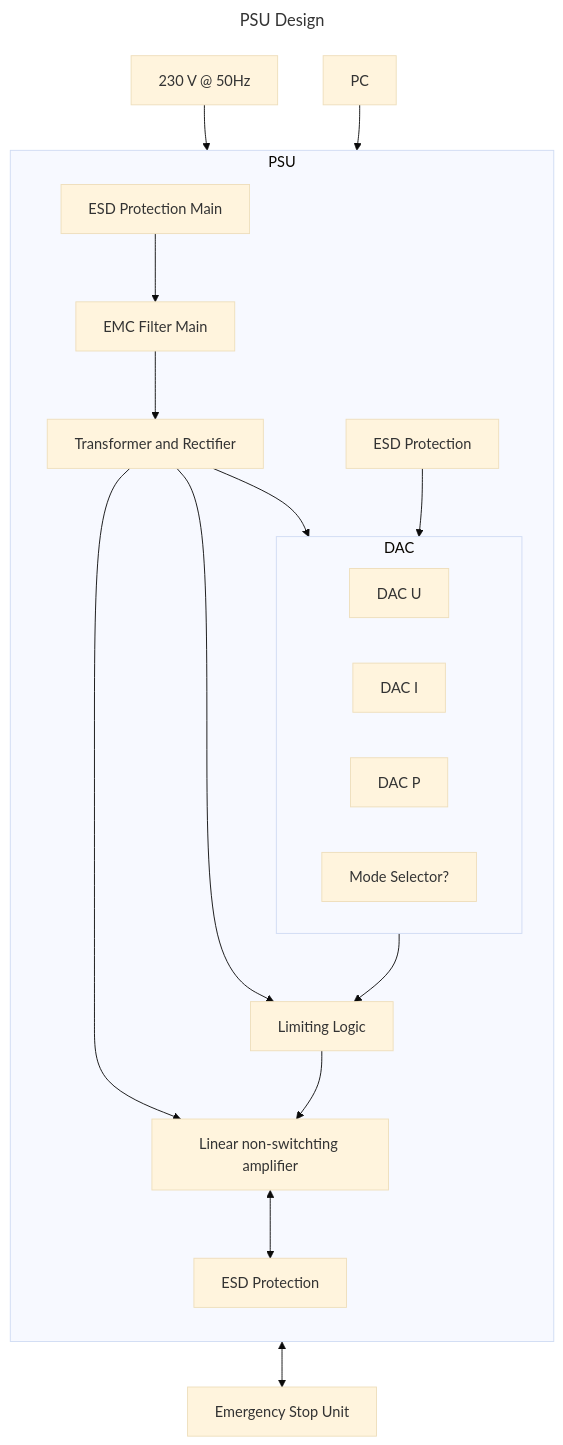
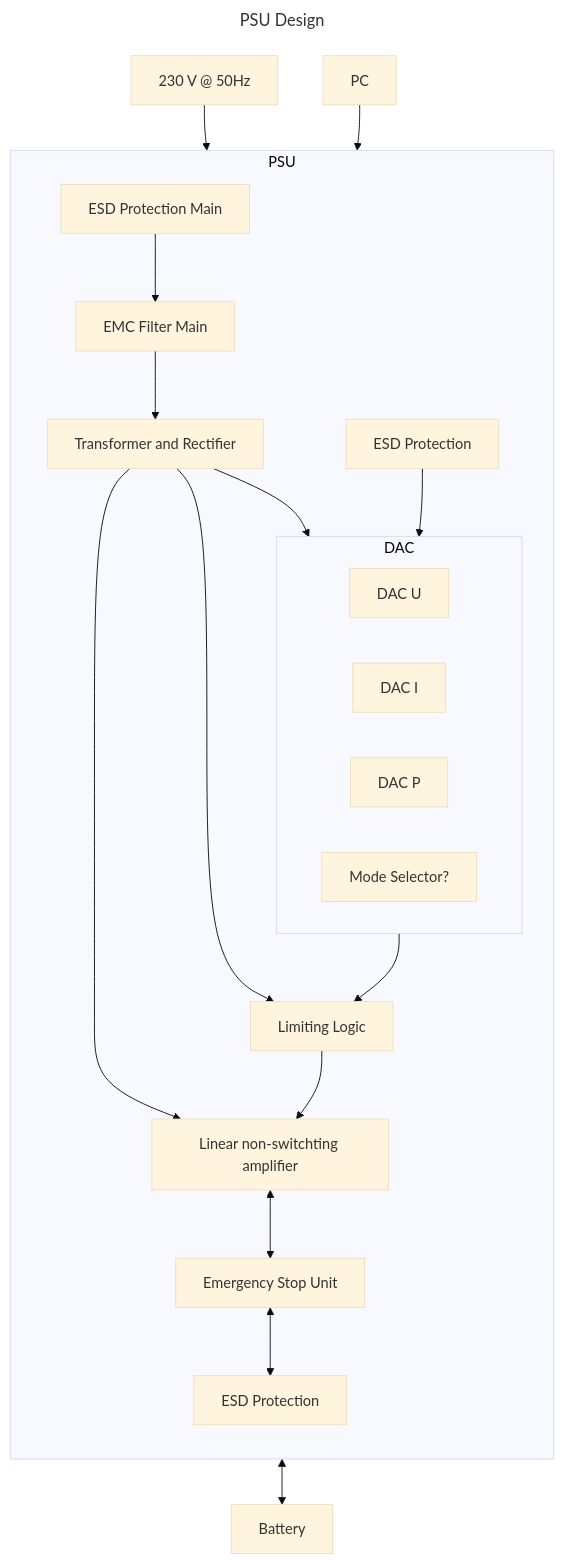
One commit to pascalguttmann/obat changed the diagram in docs/arch/psu.md. Above: the diagram before and after it, drawn with Mermaid (base theme). The commit also changed 1 other file, not shown here.

Commit message:
move emergency stop unit into psu scope

````diff
--- a/docs/arch/psu.md
+++ b/docs/arch/psu.md
@@ -8,31 +8,32 @@
 ```mermaid
 ---
 title: PSU Design
 ---
 flowchart TB
 pc[PC]
 main[230 V @ 50Hz]
-relay[Emergency Stop Unit]
+bat[Battery]
 
 subgraph psu[PSU]
     direction TB
     esd_in[ESD Protection]
     subgraph dac[DAC]
         dac-u[DAC U]
         dac-i[DAC I]
         dac-p[DAC P]
         dac-m[Mode Selector?]
     end
     limiter[Limiting Logic]
     amp[Linear non-switchting amplifier]
+    relay[Emergency Stop Unit]
     esd_out[ESD Protection]
 
     esd_main[ESD Protection Main]
     emc_main[EMC Filter Main]
     rect[Transformer and Rectifier]
 end
 
 main --> esd_main --> emc_main --> rect --> amp & dac & limiter
 pc --> esd_in --> dac --> limiter
-limiter --> amp <--> esd_out <--> relay
+limiter --> amp <--> relay <--> esd_out <--> bat
 ```
````
